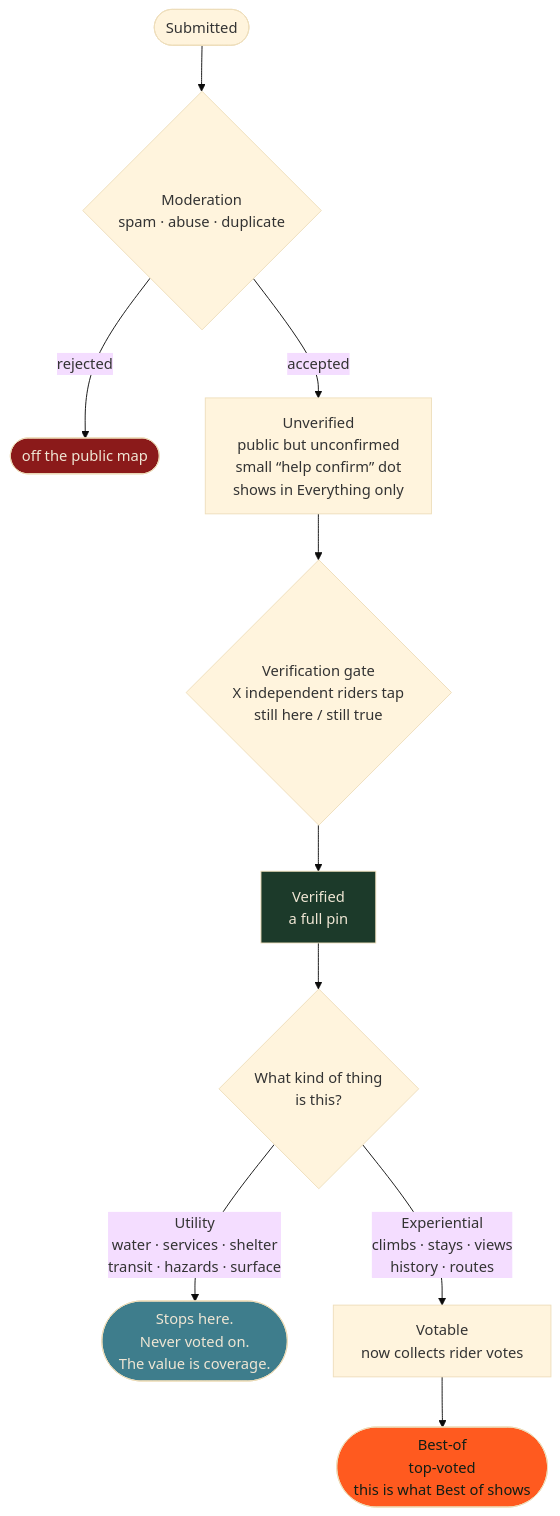
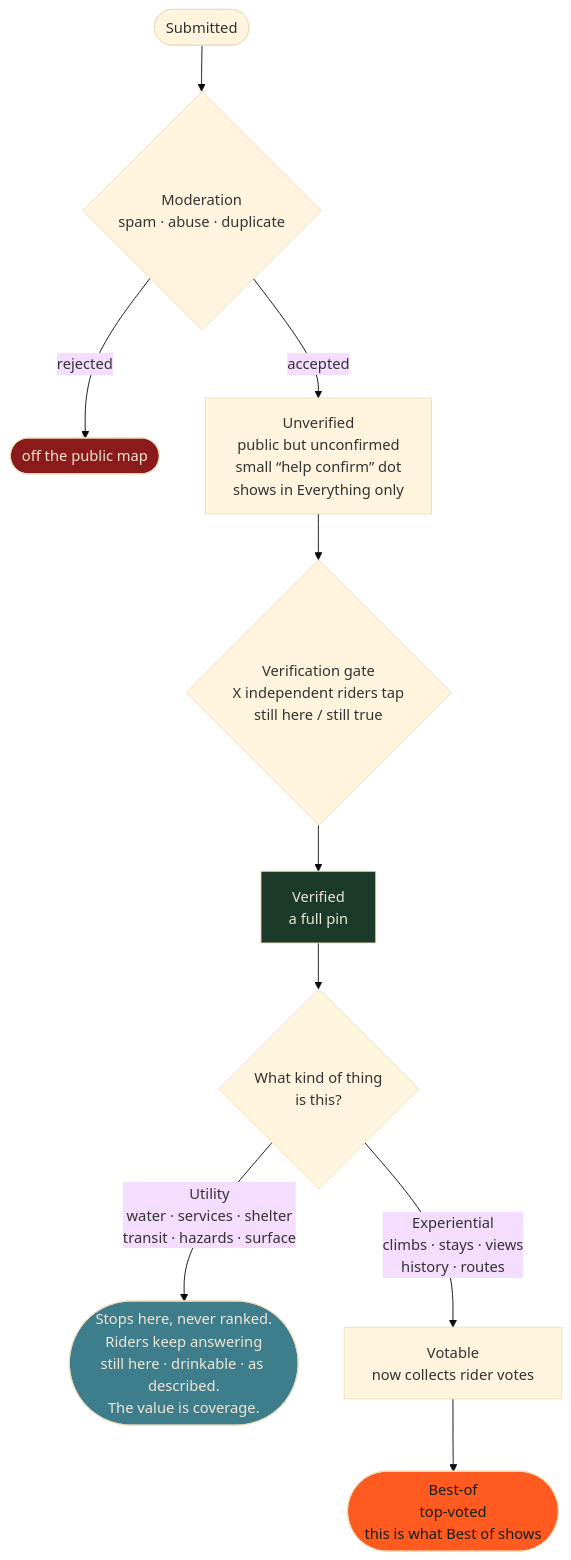
Before and after one commit to cycling-commons/cycling-commons: the third of 8 diagrams in wiki/data-priority.md, drawn with Mermaid (base theme). The commit also changed other lines of this file, not shown here.

````diff
--- a/wiki/data-priority.md
+++ b/wiki/data-priority.md
@@ -121,20 +133,20 @@
 ```mermaid
 flowchart TD
     S(["Submitted"]) --> MOD{"Moderation<br/>spam · abuse · duplicate"}
     MOD -->|rejected| OUT(["off the public map"])
     MOD -->|accepted| U["Unverified<br/>public but unconfirmed<br/>small “help confirm” dot<br/>shows in Everything only"]
 
     U --> GATE{"Verification gate<br/>X independent riders tap<br/>still here / still true"}
     GATE --> V["Verified<br/>a full pin"]
 
     V --> SPLIT{"What kind of thing<br/>is this?"}
-    SPLIT -->|"Utility<br/>water · services · shelter<br/>transit · hazards · surface"| STOP(["Stops here.<br/>Never voted on.<br/>The value is coverage."])
+    SPLIT -->|"Utility<br/>water · services · shelter<br/>transit · hazards · surface"| STOP(["Stops here, never ranked.<br/>Riders keep answering<br/>still here · drinkable · as described.<br/>The value is coverage."])
     SPLIT -->|"Experiential<br/>climbs · stays · views<br/>history · routes"| VOTABLE["Votable<br/>now collects rider votes"]
 
     VOTABLE --> BEST(["Best-of<br/>top-voted<br/>this is what Best of shows"])
 
     style OUT fill:#8b1a1a,color:#EFE6D4
     style STOP fill:#3E7D8C,color:#EFE6D4
     style BEST fill:#FF5A1F,color:#101E16
     style V fill:#1C3A2A,color:#EFE6D4
 ```
````
